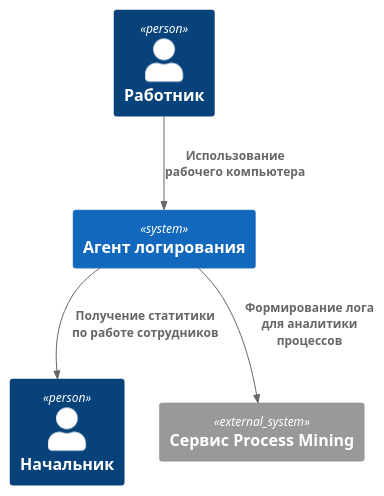
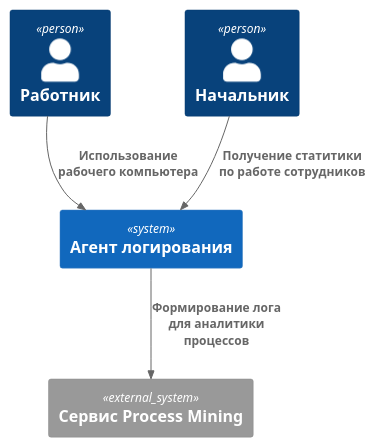
One commit to ArchieAlexArkhipov/logger changed the diagram in Architecture/context.md. Above: the diagram before and after it, drawn with PlantUML.

Commit message:
Changed Rel of admin and logger in context.md

````diff
--- a/Architecture/context.md
+++ b/Architecture/context.md
@@ -4,16 +4,16 @@
 ```plantuml
 @startuml
 !include https://raw.githubusercontent.com/plantuml-stdlib/C4-PlantUML/master/C4_Container.puml
 
 Person(user, "Работник")
 Person(admin, "Начальник")
 
 System(logger, "Агент логирования")
 System_Ext(PM, "Сервиc Process Mining")
 
 Rel(user, logger, "Использование рабочего компьютера")
-Rel(logger, admin, "Получение статитики по работе сотрудников")
+Rel(admin, logger, "Получение статитики по работе сотрудников")
 Rel(logger, PM, "Формирование лога для аналитики процессов")
 
 @enduml
 ```
````
